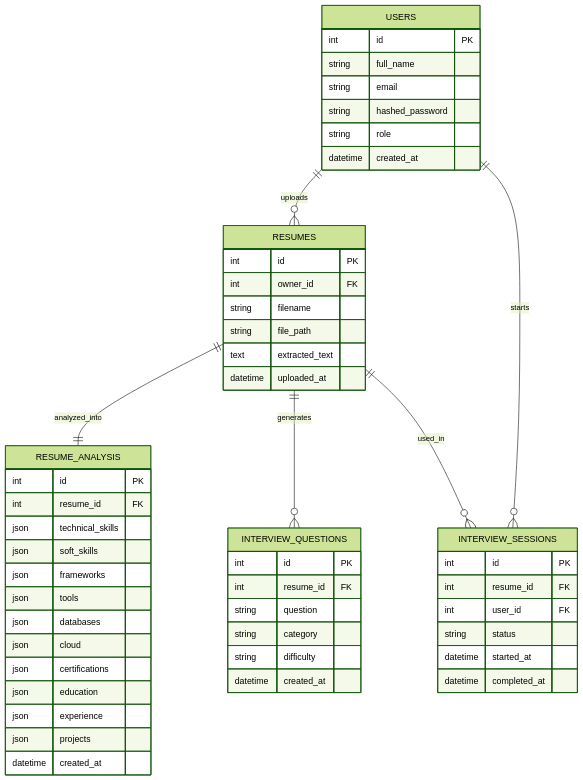
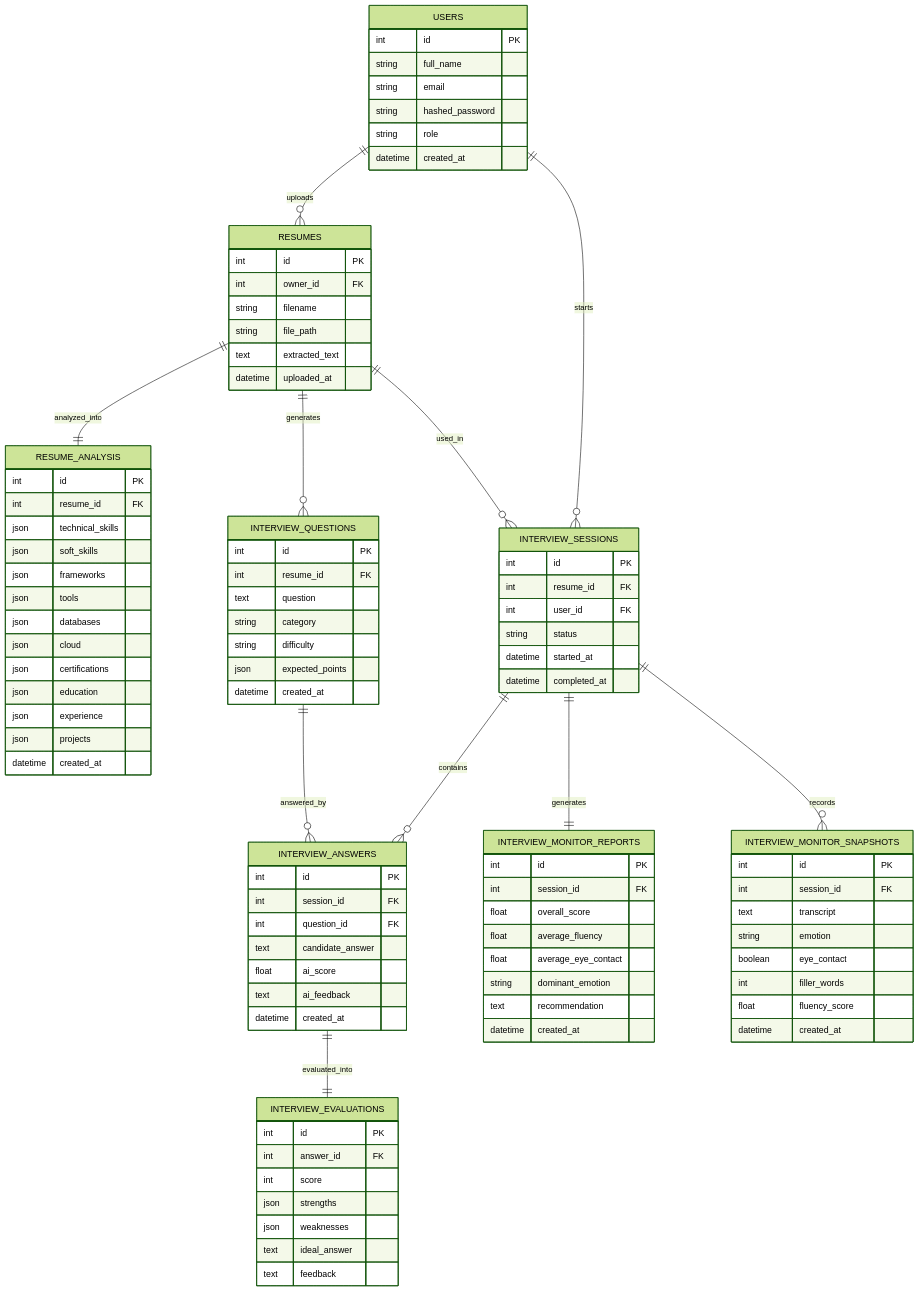
One commit to SohamDey2005/SmartHire-AI changed the diagram in docs/ERDiagram.md. Above: the diagram before and after it, drawn with Mermaid (forest theme). The commit also changed other lines of this file and 101 other files, not shown here.

````diff
--- a/docs/ERDiagram.md
+++ b/docs/ERDiagram.md
@@ -9,13 +13,23 @@
 
     USERS ||--o{ RESUMES : uploads
 
+    USERS ||--o{ INTERVIEW_SESSIONS : starts
+
     RESUMES ||--|| RESUME_ANALYSIS : analyzed_into
 
     RESUMES ||--o{ INTERVIEW_QUESTIONS : generates
 
-    USERS ||--o{ INTERVIEW_SESSIONS : starts
+    RESUMES ||--o{ INTERVIEW_SESSIONS : used_in
 
-    RESUMES ||--o{ INTERVIEW_SESSIONS : used_in
+    INTERVIEW_SESSIONS ||--o{ INTERVIEW_ANSWERS : contains
+
+    INTERVIEW_QUESTIONS ||--o{ INTERVIEW_ANSWERS : answered_by
+
+    INTERVIEW_ANSWERS ||--|| INTERVIEW_EVALUATIONS : evaluated_into
+
+    INTERVIEW_SESSIONS ||--|| INTERVIEW_MONITOR_REPORTS : generates
+
+    INTERVIEW_SESSIONS ||--o{ INTERVIEW_MONITOR_SNAPSHOTS : records
 
 
 
@@ -72,9 +86,13 @@
 
         int id PK
         int resume_id FK
-        string question
+
+        text question
         string category
         string difficulty
+
+        json expected_points
+
         datetime created_at
 
     }
@@ -84,11 +102,95 @@
     INTERVIEW_SESSIONS {
 
         int id PK
+
         int resume_id FK
         int user_id FK
+
         string status
+
         datetime started_at
         datetime completed_at
 
     }
+
+
+
+    INTERVIEW_ANSWERS {
+
+        int id PK
+
+        int session_id FK
+        int question_id FK
+
+        text candidate_answer
+
+        float ai_score
+
+        text ai_feedback
+
+        datetime created_at
+
+    }
+
+
+
+    INTERVIEW_EVALUATIONS {
+
+        int id PK
+
+        int answer_id FK
+
+        int score
+
+        json strengths
+        json weaknesses
+
+        text ideal_answer
+        text feedback
+
+    }
+
+
+
+    INTERVIEW_MONITOR_REPORTS {
+
+        int id PK
+
+        int session_id FK
+
+        float overall_score
+
+        float average_fluency
+
+        float average_eye_contact
+
+        string dominant_emotion
+
+        text recommendation
+
+        datetime created_at
+
+    }
+
+
+
+    INTERVIEW_MONITOR_SNAPSHOTS {
+
+        int id PK
+
+        int session_id FK
+
+        text transcript
+
+        string emotion
+
+        boolean eye_contact
+
+        int filler_words
+
+        float fluency_score
+
+        datetime created_at
+
+    }
 ```
````
